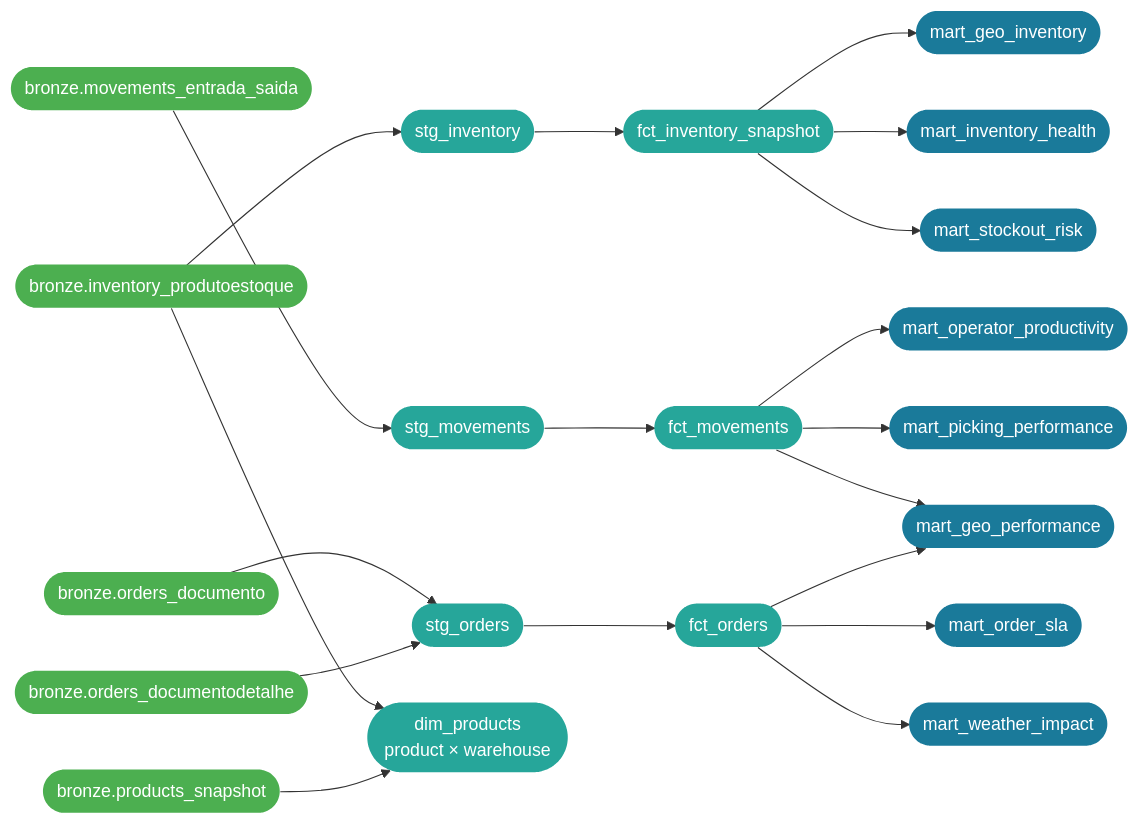
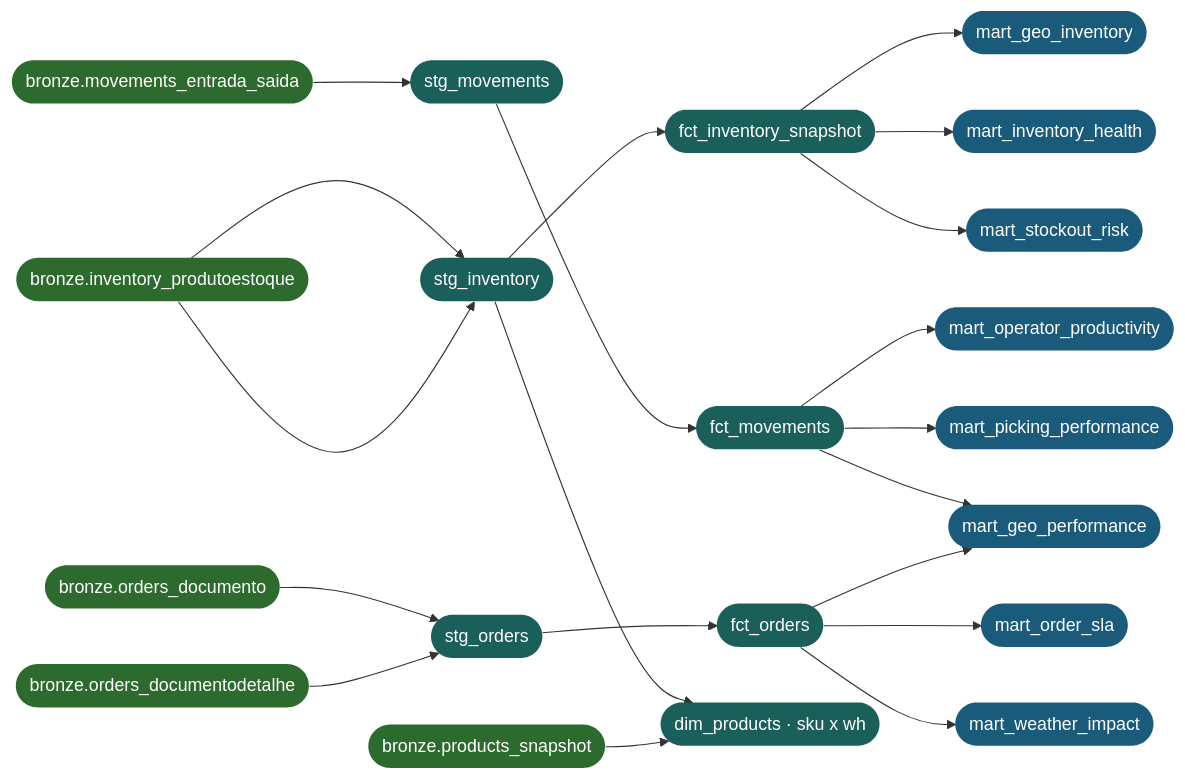
One commit to leandroslax/wms-data-platform changed the second of 2 diagrams in README.md. Above: the diagram before and after it, drawn with Mermaid. The commit also changed other lines of this file and 1 other file, not shown here.

Commit message:
docs: adiciona imagem do lineage dbt e reorganiza seção no README

````diff
--- a/README.md
+++ b/README.md
@@ -167,42 +172,41 @@
 ```mermaid
 flowchart LR
-    classDef bronze fill:#4caf50,color:#fff,stroke:none
-    classDef silver fill:#26a69a,color:#fff,stroke:none
-    classDef gold   fill:#1a7a9a,color:#fff,stroke:none
+    classDef bronze fill:#2d6a2d,color:#fff,stroke:none
+    classDef silver fill:#1a5f5a,color:#fff,stroke:none
+    classDef gold   fill:#1a5a7a,color:#fff,stroke:none
 
     B1([bronze.inventory_produtoestoque]):::bronze
     B2([bronze.movements_entrada_saida]):::bronze
     B3([bronze.orders_documento]):::bronze
     B4([bronze.orders_documentodetalhe]):::bronze
     B5([bronze.products_snapshot]):::bronze
 
     S1([stg_inventory]):::silver
     S2([stg_movements]):::silver
     S3([stg_orders]):::silver
 
     F1([fct_inventory_snapshot]):::silver
     F2([fct_movements]):::silver
     F3([fct_orders]):::silver
-    D1([dim_products\nproduct × warehouse]):::silver
+    D1([dim_products · sku x wh]):::silver
 
     M1([mart_geo_inventory]):::gold
     M2([mart_inventory_health]):::gold
     M3([mart_stockout_risk]):::gold
     M4([mart_operator_productivity]):::gold
     M5([mart_picking_performance]):::gold
     M6([mart_geo_performance]):::gold
     M7([mart_order_sla]):::gold
     M8([mart_weather_impact]):::gold
 
     B1 --> S1 --> F1
-    B1 --> D1
+    B1 --> S1 --> D1
+    B5 --> D1
     B2 --> S2 --> F2
     B3 --> S3 --> F3
     B4 --> S3
-    B5 --> D1
 
     F1 --> M1 & M2 & M3
-    F2 --> M4 & M5
-    F2 --> M6
+    F2 --> M4 & M5 & M6
     F3 --> M6 & M7 & M8
 ```
````
